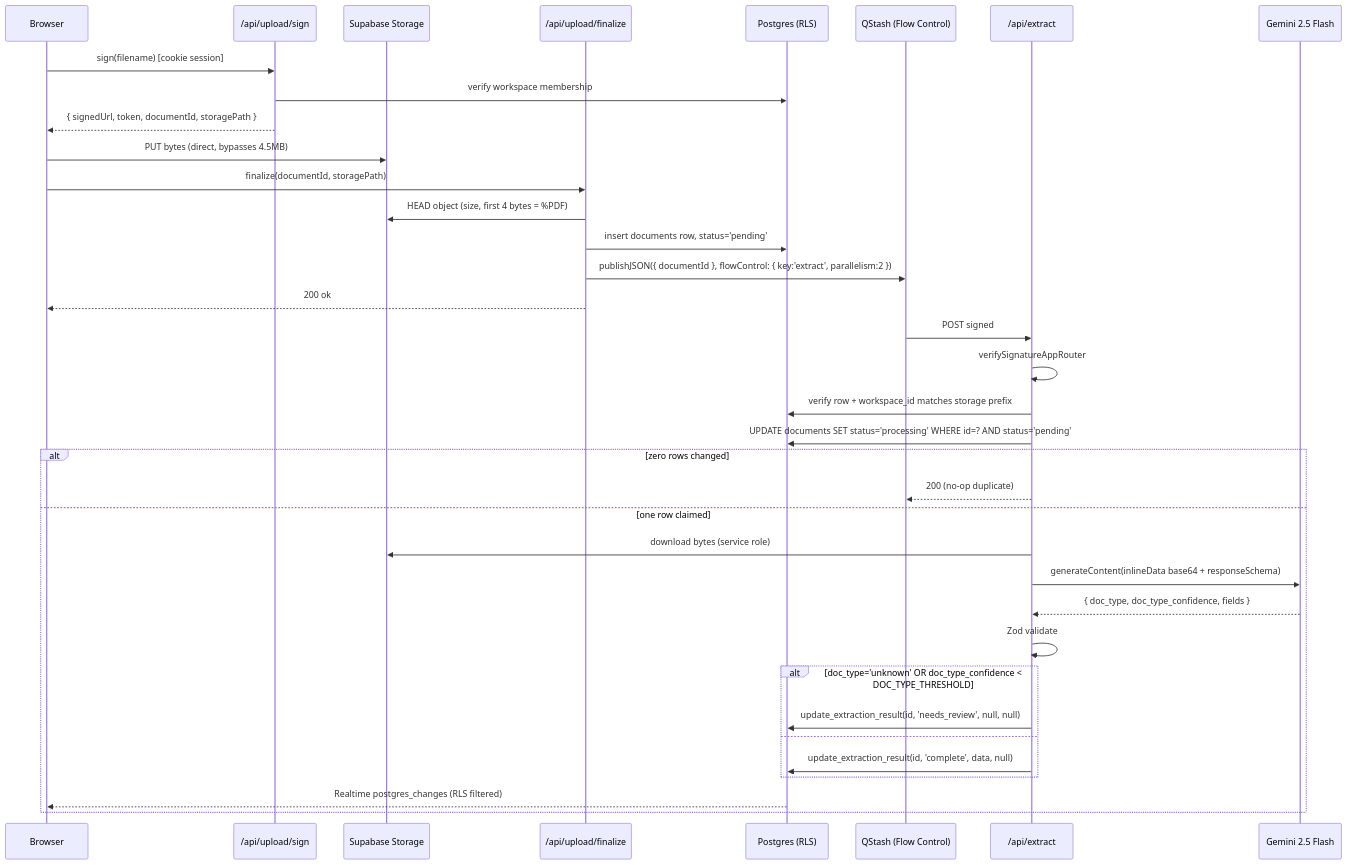
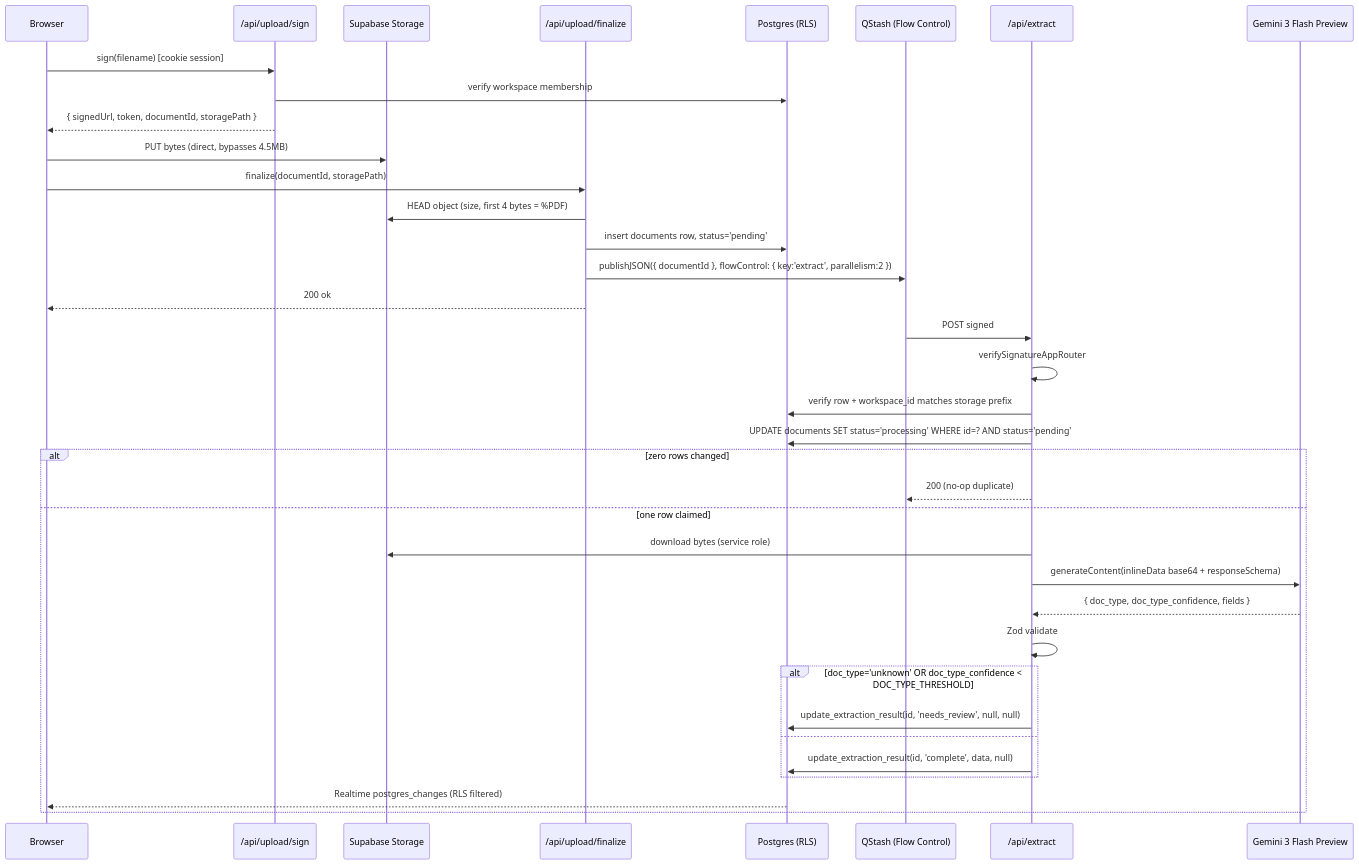
Before and after one commit to francisroystanley/otc-accounting-saas: the diagram in docs/plans/2026-04-21-001-feat-otc-accounting-saas-prototype-plan.md, drawn with Mermaid. The commit also changed other lines of this file and 1 other file, not shown here.

Commit message:
chore(plan): switch extraction model to gemini-3-flash-preview per reviewer

````diff
--- a/docs/plans/2026-04-21-001-feat-otc-accounting-saas-prototype-plan.md
+++ b/docs/plans/2026-04-21-001-feat-otc-accounting-saas-prototype-plan.md
@@ -175,39 +179,39 @@
 ```mermaid
 sequenceDiagram
     participant B as Browser
     participant SI as /api/upload/sign
     participant ST as Supabase Storage
     participant FI as /api/upload/finalize
     participant DB as Postgres (RLS)
     participant Q as QStash (Flow Control)
     participant EX as /api/extract
-    participant G as Gemini 2.5 Flash
+    participant G as Gemini 3 Flash Preview
 
     B->>SI: sign(filename)  [cookie session]
     SI->>DB: verify workspace membership
     SI-->>B: { signedUrl, token, documentId, storagePath }
     B->>ST: PUT bytes (direct, bypasses 4.5MB)
     B->>FI: finalize(documentId, storagePath)
     FI->>ST: HEAD object (size, first 4 bytes = %PDF)
     FI->>DB: insert documents row, status='pending'
     FI->>Q: publishJSON({ documentId }, flowControl: { key:'extract', parallelism:2 })
     FI-->>B: 200 ok
     Q->>EX: POST signed
     EX->>EX: verifySignatureAppRouter
     EX->>DB: verify row + workspace_id matches storage prefix
     EX->>DB: UPDATE documents SET status='processing' WHERE id=? AND status='pending'
     alt zero rows changed
         EX-->>Q: 200 (no-op duplicate)
     else one row claimed
         EX->>ST: download bytes (service role)
         EX->>G: generateContent(inlineData base64 + responseSchema)
         G-->>EX: { doc_type, doc_type_confidence, fields }
         EX->>EX: Zod validate
         alt doc_type='unknown' OR doc_type_confidence < DOC_TYPE_THRESHOLD
             EX->>DB: update_extraction_result(id, 'needs_review', null, null)
         else
             EX->>DB: update_extraction_result(id, 'complete', data, null)
         end
         DB-->>B: Realtime postgres_changes (RLS filtered)
     end
 ```
````
